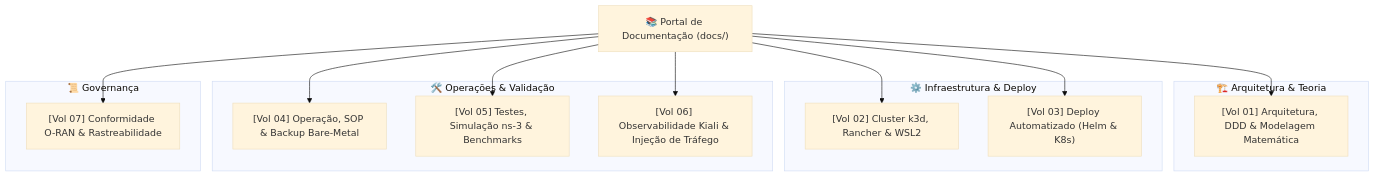
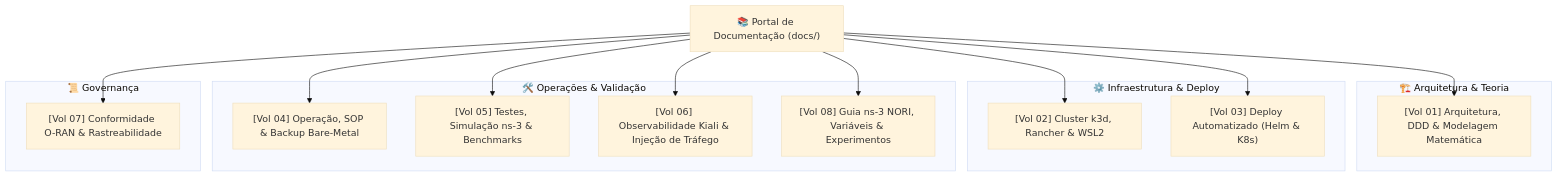
The diagram in docs/README.md (georgebarbosa3090/XApp-RDL-F1), drawn with Mermaid (base theme) before and after one commit. The commit also changed other lines of this file and 7 other files, not shown here.

````diff
--- a/docs/README.md
+++ b/docs/README.md
@@ -16,31 +16,33 @@
 ```mermaid
 graph TD
     DOCS["📚 Portal de Documentação (docs/)"]
     
     subgraph Core["🏗️ Arquitetura & Teoria"]
         V01["[Vol 01] Arquitetura, DDD & Modelagem Matemática"]
     end
 
     subgraph InfraDeploy["⚙️ Infraestrutura & Deploy"]
         V02["[Vol 02] Cluster k3d, Rancher & WSL2"]
         V03["[Vol 03] Deploy Automatizado (Helm & K8s)"]
     end
 
     subgraph OpsResilience["🛠️ Operações & Validação"]
         V04["[Vol 04] Operação, SOP & Backup Bare-Metal"]
         V05["[Vol 05] Testes, Simulação ns-3 & Benchmarks"]
         V06["[Vol 06] Observabilidade Kiali & Injeção de Tráfego"]
+        V08["[Vol 08] Guia ns-3 NORI, Variáveis & Experimentos"]
     end
 
     subgraph Compliance["📜 Governança"]
         V07["[Vol 07] Conformidade O-RAN & Rastreabilidade"]
     end
 
     DOCS --> V01
     DOCS --> V02
     DOCS --> V03
     DOCS --> V04
     DOCS --> V05
     DOCS --> V06
     DOCS --> V07
+    DOCS --> V08
 ```
````
